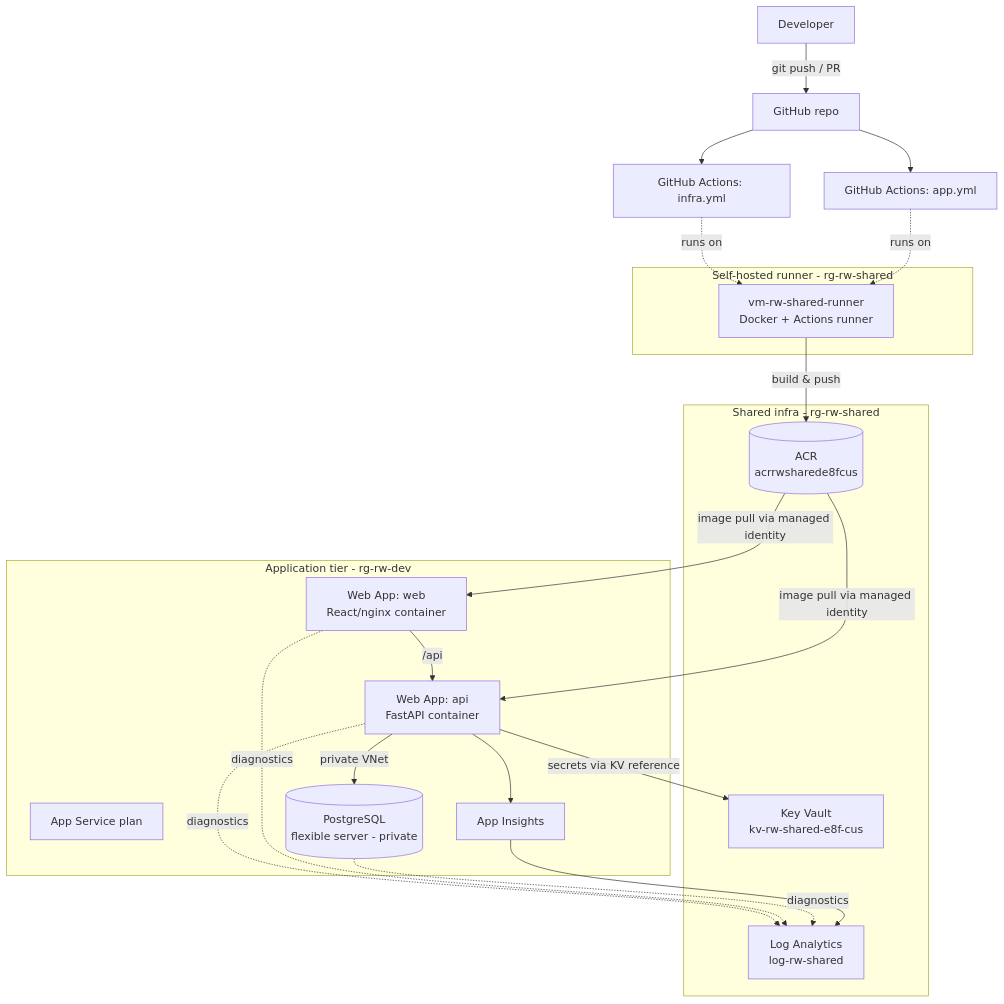
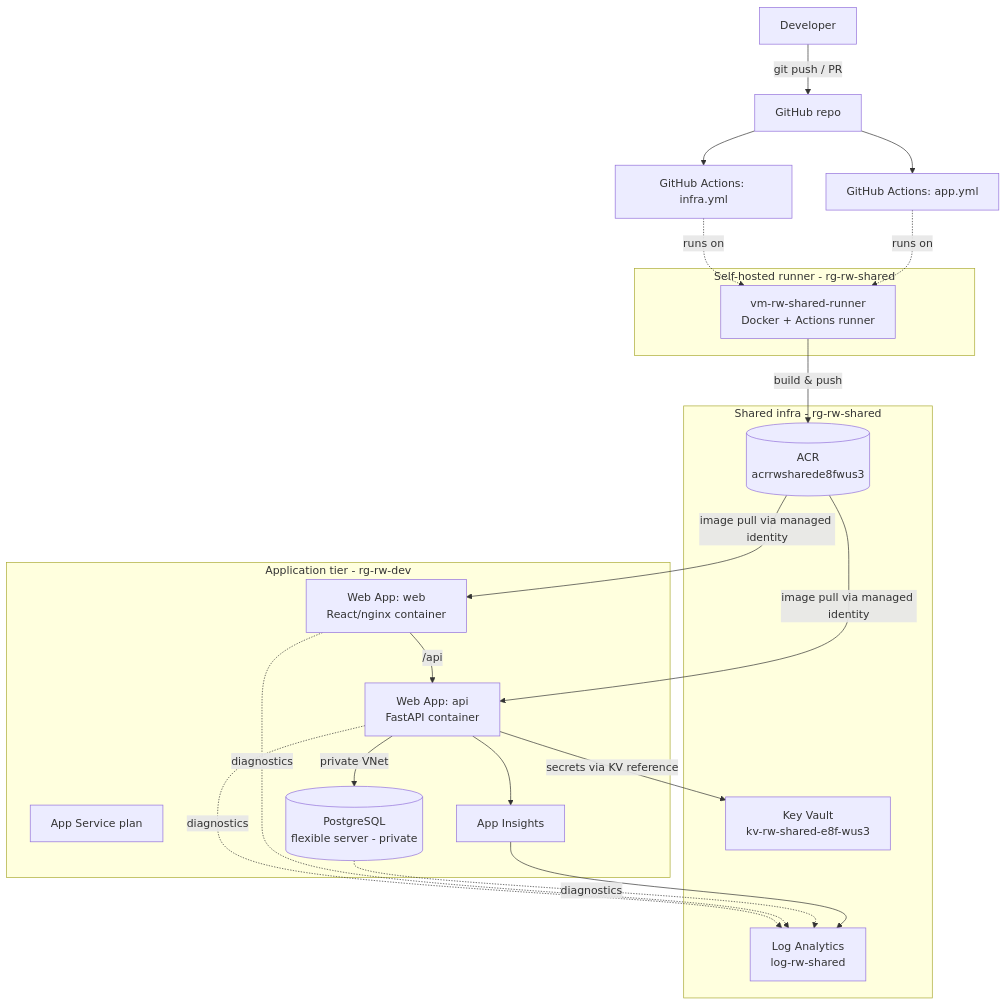
The first of 4 diagrams in docs/architecture/architecture.md (mabbasi001/azure-cd-platform), drawn with Mermaid before and after one commit. The commit also changed 19 other files, not shown here.

````diff
--- a/docs/architecture/architecture.md
+++ b/docs/architecture/architecture.md
@@ -10,38 +10,38 @@
 ```mermaid
 flowchart TB
   dev[Developer] -->|git push / PR| gh[GitHub repo]
   gh --> ghaInfra[GitHub Actions: infra.yml]
   gh --> ghaApp[GitHub Actions: app.yml]
 
   subgraph Runner[Self-hosted runner - rg-rw-shared]
     vm[vm-rw-shared-runner<br/>Docker + Actions runner]
   end
   ghaInfra -. runs on .-> vm
   ghaApp -. runs on .-> vm
 
   subgraph Shared[Shared infra - rg-rw-shared]
-    acr[(ACR<br/>acrrwsharede8fcus)]
-    kv[Key Vault<br/>kv-rw-shared-e8f-cus]
+    acr[(ACR<br/>acrrwsharede8fwus3)]
+    kv[Key Vault<br/>kv-rw-shared-e8f-wus3]
     law[Log Analytics<br/>log-rw-shared]
   end
 
   subgraph App[Application tier - rg-rw-dev]
     plan[App Service plan]
     api[Web App: api<br/>FastAPI container]
     web[Web App: web<br/>React/nginx container]
     pg[(PostgreSQL<br/>flexible server - private)]
     appi[App Insights]
   end
 
   vm -->|build & push| acr
   acr -->|image pull via managed identity| api
   acr -->|image pull via managed identity| web
   web -->|/api| api
   api -->|private VNet| pg
   api -->|secrets via KV reference| kv
   api --> appi
   api -. diagnostics .-> law
   web -. diagnostics .-> law
   pg -. diagnostics .-> law
   appi --> law
 ```
````
